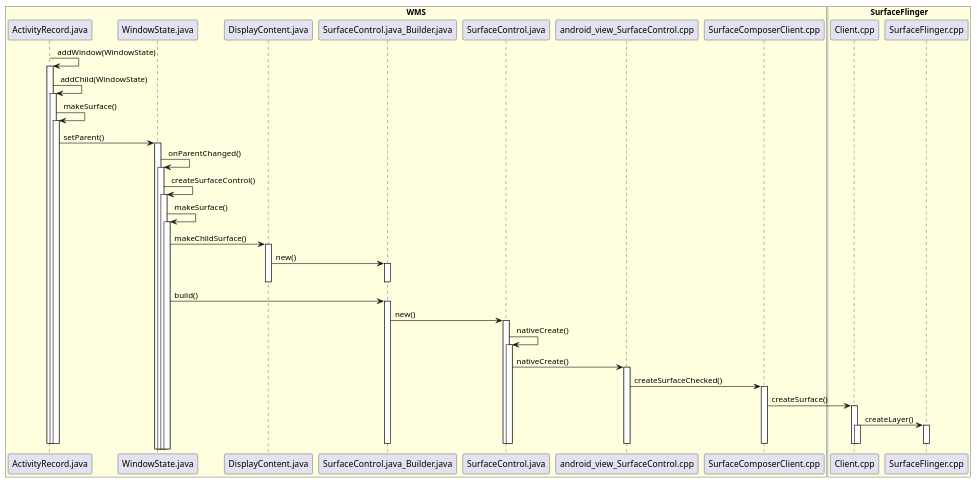
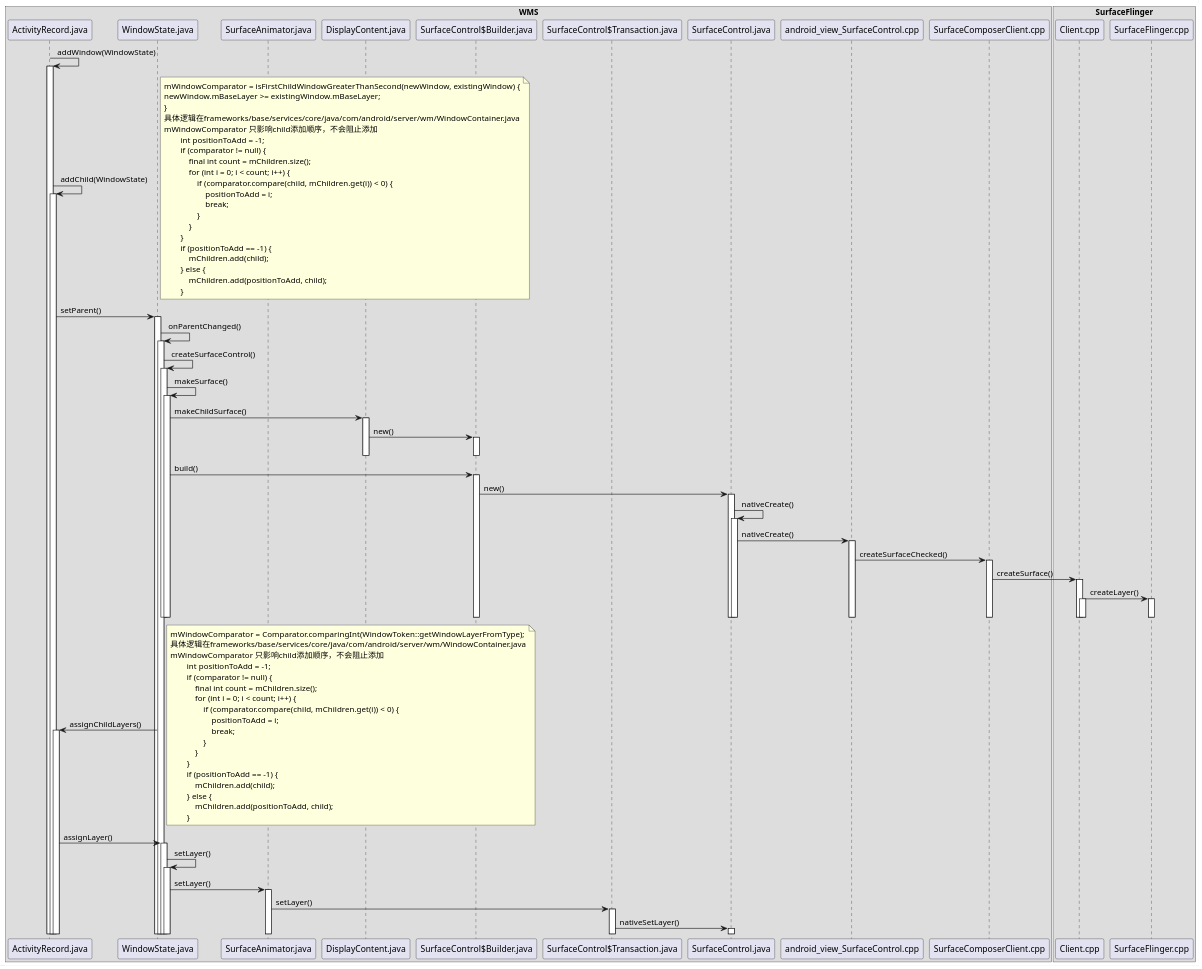
Before and after one commit to javalive09/UML: the diagram in android11/addwindow/AddWindow_2.1.2.0.puml, drawn with PlantUML. The commit also changed 24 other files, not shown here.

Commit message:
update uml

```diff
--- a/android11/addwindow/AddWindow_2.1.2.0.puml
+++ b/android11/addwindow/AddWindow_2.1.2.0.puml
@@ -1,72 +1,126 @@
 @startuml
 
-box "WMS" #LightYellow
+box "WMS"
 participant ActivityRecord.java
 participant WindowState.java
+participant SurfaceAnimator.java
 participant DisplayContent.java
-participant SurfaceControl.java_Builder.java
+participant "SurfaceControl$Builder.java"
+participant "SurfaceControl$Transaction.java"
 participant SurfaceControl.java
 participant android_view_SurfaceControl.cpp
 participant SurfaceComposerClient.cpp
 end box
 
-box "SurfaceFlinger" #LightYellow
+box "SurfaceFlinger"
 participant Client.cpp
 participant SurfaceFlinger.cpp
 end box
 
 ActivityRecord.java -> ActivityRecord.java: addWindow(WindowState)
 activate ActivityRecord.java
 ActivityRecord.java -> ActivityRecord.java: addChild(WindowState)
 activate ActivityRecord.java
-ActivityRecord.java -> ActivityRecord.java: makeSurface()
-activate ActivityRecord.java
+note right
+mWindowComparator = isFirstChildWindowGreaterThanSecond(newWindow, existingWindow) {
+newWindow.mBaseLayer >= existingWindow.mBaseLayer;
+}
+具体逻辑在frameworks/base/services/core/java/com/android/server/wm/WindowContainer.java
+mWindowComparator 只影响child添加顺序，不会阻止添加
+        int positionToAdd = -1;
+        if (comparator != null) {
+            final int count = mChildren.size();
+            for (int i = 0; i < count; i++) {
+                if (comparator.compare(child, mChildren.get(i)) < 0) {
+                    positionToAdd = i;
+                    break;
+                }
+            }
+        }
+        if (positionToAdd == -1) {
+            mChildren.add(child);
+        } else {
+            mChildren.add(positionToAdd, child);
+        }
+end note
 ActivityRecord.java -> WindowState.java: setParent()
 activate WindowState.java
 WindowState.java -> WindowState.java: onParentChanged()
 activate WindowState.java
 WindowState.java -> WindowState.java: createSurfaceControl()
 activate WindowState.java
 WindowState.java -> WindowState.java: makeSurface()
 activate WindowState.java
 WindowState.java -> DisplayContent.java: makeChildSurface()
 activate DisplayContent.java
-DisplayContent.java -> SurfaceControl.java_Builder.java: new()
-activate SurfaceControl.java_Builder.java
-deactivate SurfaceControl.java_Builder.java
+DisplayContent.java -> "SurfaceControl$Builder.java": new()
+activate "SurfaceControl$Builder.java"
+deactivate "SurfaceControl$Builder.java"
 deactivate DisplayContent.java
-WindowState.java -> SurfaceControl.java_Builder.java: build()
-activate SurfaceControl.java_Builder.java
-SurfaceControl.java_Builder.java -> SurfaceControl.java: new()
+WindowState.java -> "SurfaceControl$Builder.java": build()
+activate "SurfaceControl$Builder.java"
+"SurfaceControl$Builder.java" -> SurfaceControl.java: new()
 activate SurfaceControl.java
 SurfaceControl.java -> SurfaceControl.java: nativeCreate()
 activate SurfaceControl.java
 SurfaceControl.java -> android_view_SurfaceControl.cpp: nativeCreate()
 activate android_view_SurfaceControl.cpp
 android_view_SurfaceControl.cpp -> SurfaceComposerClient.cpp: createSurfaceChecked()
 activate SurfaceComposerClient.cpp
 SurfaceComposerClient.cpp -> Client.cpp: createSurface()
 activate Client.cpp
 Client.cpp -> SurfaceFlinger.cpp: createLayer()
 activate SurfaceFlinger.cpp
 activate Client.cpp
 
 deactivate Client.cpp
 deactivate Client.cpp
 deactivate SurfaceFlinger.cpp
 
 deactivate android_view_SurfaceControl.cpp
 deactivate SurfaceComposerClient.cpp
 deactivate SurfaceControl.java
 deactivate SurfaceControl.java
-deactivate SurfaceControl.java_Builder.java
-deactivate ActivityRecord.java
-deactivate ActivityRecord.java
-deactivate ActivityRecord.java
-deactivate ActivityRecord.java
-deactivate ActivityRecord.java
-deactivate ActivityRecord.java
+deactivate "SurfaceControl$Builder.java"
+
+deactivate WindowState.java
+deactivate WindowState.java
+WindowState.java -> ActivityRecord.java: assignChildLayers()
+activate ActivityRecord.java
+note right
+mWindowComparator = Comparator.comparingInt(WindowToken::getWindowLayerFromType);
+具体逻辑在frameworks/base/services/core/java/com/android/server/wm/WindowContainer.java
+mWindowComparator 只影响child添加顺序，不会阻止添加
+        int positionToAdd = -1;
+        if (comparator != null) {
+            final int count = mChildren.size();
+            for (int i = 0; i < count; i++) {
+                if (comparator.compare(child, mChildren.get(i)) < 0) {
+                    positionToAdd = i;
+                    break;
+                }
+            }
+        }
+        if (positionToAdd == -1) {
+            mChildren.add(child);
+        } else {
+            mChildren.add(positionToAdd, child);
+        }
+end note
+ActivityRecord.java -> WindowState.java : assignLayer()
+activate WindowState.java
+
+WindowState.java -> WindowState.java : setLayer()
+activate WindowState.java
+WindowState.java -> SurfaceAnimator.java : setLayer()
+activate SurfaceAnimator.java
+
+SurfaceAnimator.java -> "SurfaceControl$Transaction.java": setLayer()
+activate "SurfaceControl$Transaction.java"
+
+"SurfaceControl$Transaction.java" -> SurfaceControl.java: nativeSetLayer()
+activate SurfaceControl.java
 
 
 
 @enduml
```
